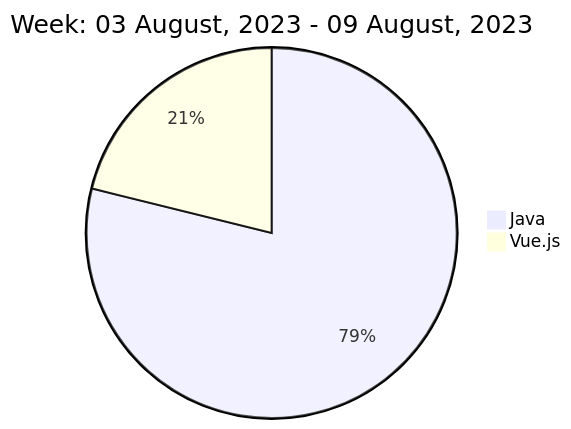
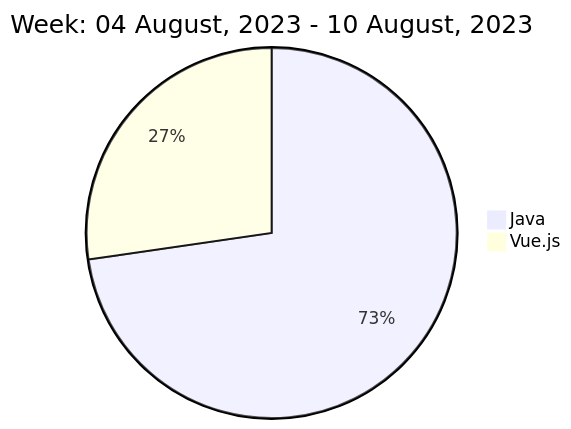
Before and after one commit to liubin95/liubin95: the diagram in README.md, drawn with Mermaid.

Commit message:
Updated the Graph with new Metrics

````diff
--- a/README.md
+++ b/README.md
@@ -40,6 +40,6 @@
 ```mermaid
  pie
-title Week: 03 August, 2023 - 09 August, 2023
- "Java" : 10.37
- "Vue.js" : 2.78
+title Week: 04 August, 2023 - 10 August, 2023
+ "Java" : 7.25
+ "Vue.js" : 2.72
 ```
````
